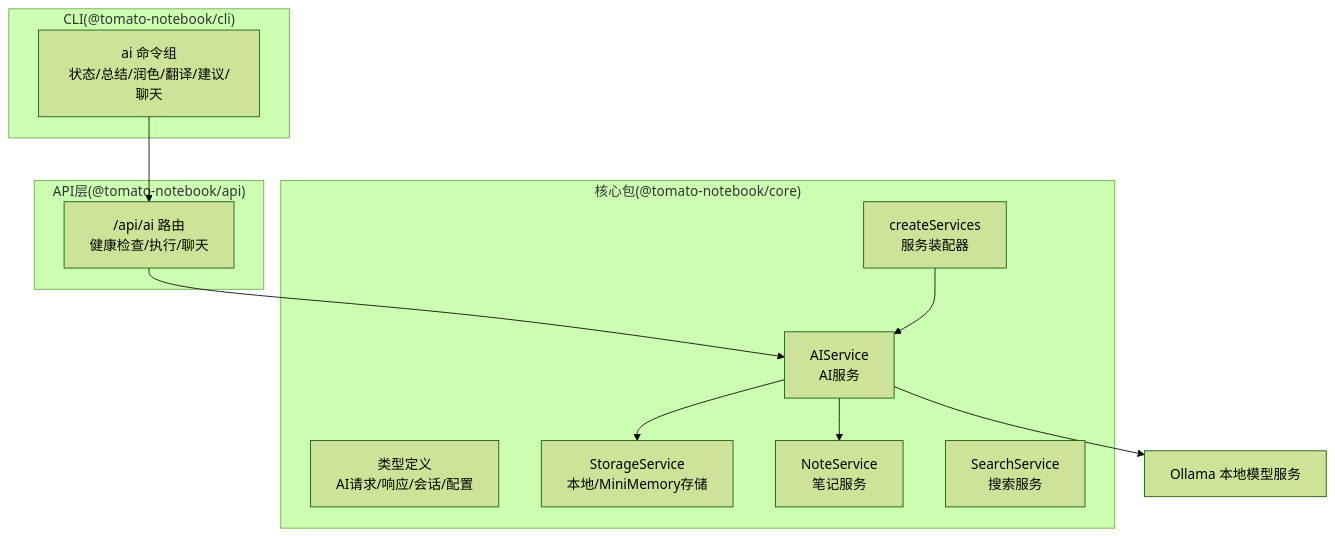
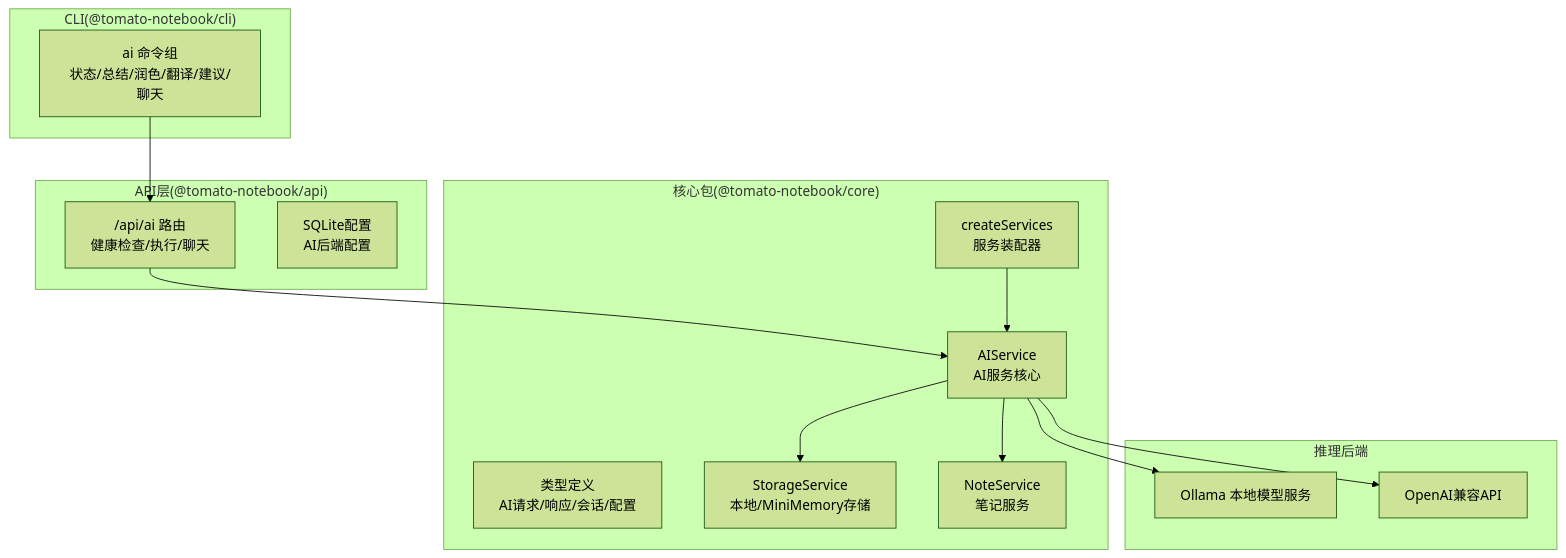
Before and after one commit to acproject/tomato_notebook: the first of 9 diagrams in .qoder/repowiki/zh/content/核心服务/AI服务.md, drawn with Mermaid (forest theme). The commit also changed other lines of this file and 14 other files, not shown here.

````diff
--- a/.qoder/repowiki/zh/content/核心服务/AI服务.md
+++ b/.qoder/repowiki/zh/content/核心服务/AI服务.md
@@ -36,24 +45,28 @@
 ```mermaid
 graph TB
 subgraph "核心包(@tomato-notebook/core)"
-CORE_AI["AIService<br/>AI服务"]
+CORE_AI["AIService<br/>AI服务核心"]
 CORE_TYPES["类型定义<br/>AI请求/响应/会话/配置"]
 CORE_STORAGE["StorageService<br/>本地/MiniMemory存储"]
 CORE_NOTE["NoteService<br/>笔记服务"]
 CORE_INDEX["createServices<br/>服务装配器"]
-CORE_SEARCH["SearchService<br/>搜索服务"]
 end
 subgraph "API层(@tomato-notebook/api)"
 API_ROUTE_AI["/api/ai 路由<br/>健康检查/执行/聊天"]
+API_CONFIG["SQLite配置<br/>AI后端配置"]
 end
 subgraph "CLI(@tomato-notebook/cli)"
 CLI_AI["ai 命令组<br/>状态/总结/润色/翻译/建议/聊天"]
 end
+subgraph "推理后端"
 OLLAMA["Ollama 本地模型服务"]
+OPENAI["OpenAI兼容API"]
+end
 API_ROUTE_AI --> CORE_AI
 CLI_AI --> API_ROUTE_AI
 CORE_AI --> CORE_STORAGE
 CORE_AI --> CORE_NOTE
 CORE_INDEX --> CORE_AI
 CORE_AI --> OLLAMA
+CORE_AI --> OPENAI
 ```
````
